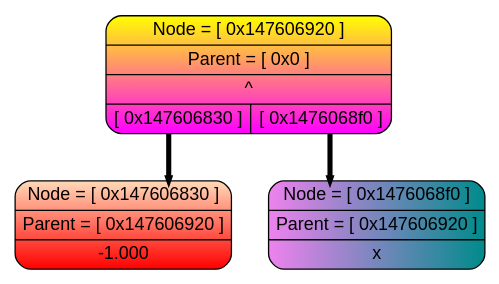
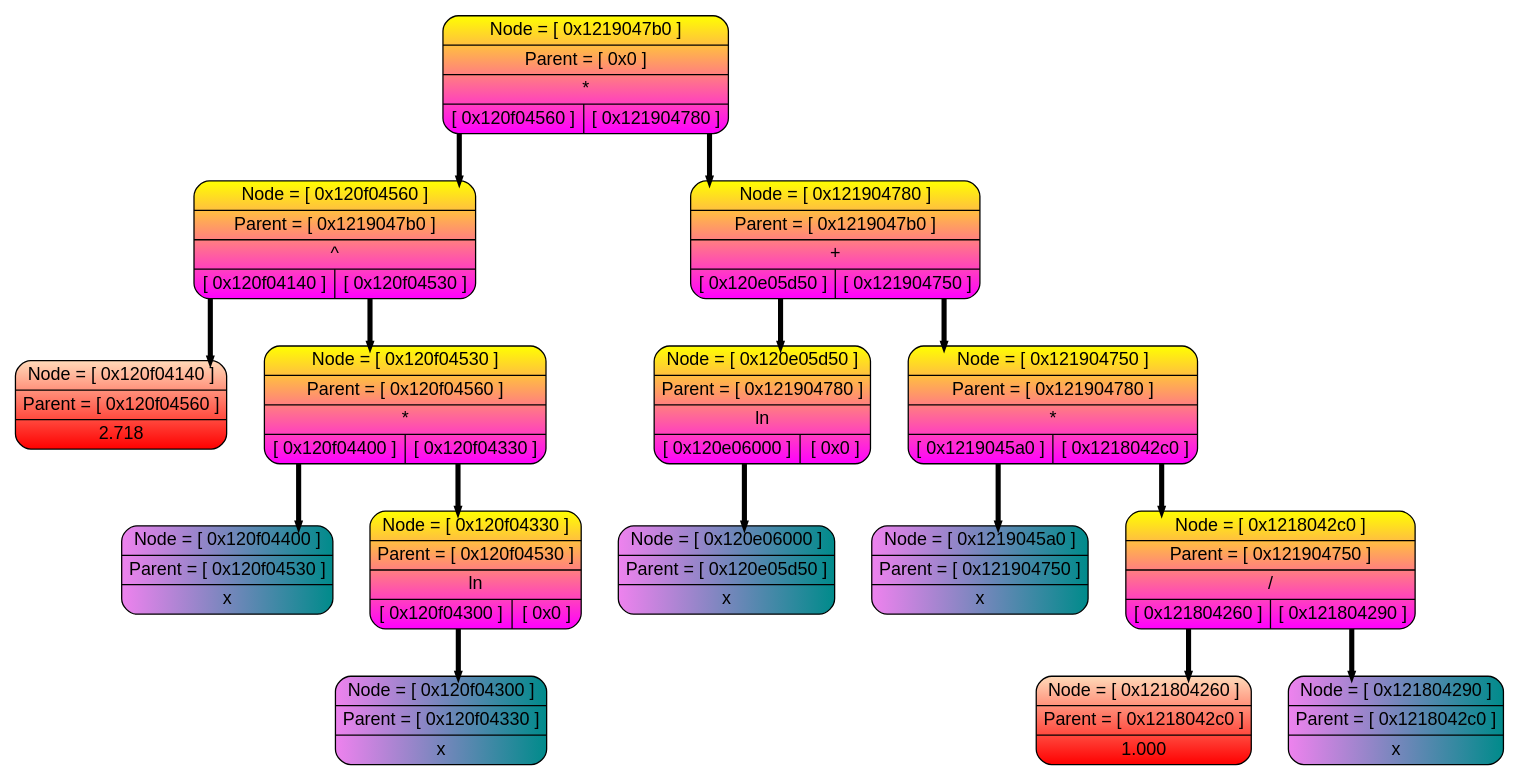
The diagram in Dump-source/dump.dot (livlavr/Differentiator), drawn with Graphviz before and after one commit. The commit also changed 7 other files, not shown here.

```diff
--- a/Dump-source/dump.dot
+++ b/Dump-source/dump.dot
@@ -1,12 +1,36 @@
 digraph tree{
 splines=ortho;
 rankdir=HR;
 nodesep=0.4;
 node [shape=record, fontname="Arial"];
 edge [style=bold, color="black", weight=10, penwidth=4, arrowsize=0.2];
-P0x147606920 [style = "filled, rounded", fillcolor="yellow:magenta" gradientangle=270,label=" {Node = [ 0x147606920 ] | Parent = [ 0x0 ] | ^ | { <l> [ 0x147606830 ] | <r> [ 0x1476068f0 ]}}" ];
-P0x147606830 [style = "filled, rounded", fillcolor="peachpuff:red" gradientangle=270,label=" {Node = [ 0x147606830 ] | Parent = [ 0x147606920 ] | -1.000 }" ];
-P0x1476068f0 [style = "filled, rounded", fillcolor="violet:darkcyan"label=" {Node = [ 0x1476068f0 ] | Parent = [ 0x147606920 ] | x }" ];
-P0x147606920:<l> -> P0x147606830
-P0x147606920:<r> -> P0x1476068f0
+P0x1219047b0 [style = "filled, rounded", fillcolor="yellow:magenta" gradientangle=270,label=" {Node = [ 0x1219047b0 ] | Parent = [ 0x0 ] | * | { <l> [ 0x120f04560 ] | <r> [ 0x121904780 ]}}" ];
+P0x120f04560 [style = "filled, rounded", fillcolor="yellow:magenta" gradientangle=270,label=" {Node = [ 0x120f04560 ] | Parent = [ 0x1219047b0 ] | ^ | { <l> [ 0x120f04140 ] | <r> [ 0x120f04530 ]}}" ];
+P0x120f04140 [style = "filled, rounded", fillcolor="peachpuff:red" gradientangle=270,label=" {Node = [ 0x120f04140 ] | Parent = [ 0x120f04560 ] | 2.718 }" ];
+P0x120f04530 [style = "filled, rounded", fillcolor="yellow:magenta" gradientangle=270,label=" {Node = [ 0x120f04530 ] | Parent = [ 0x120f04560 ] | * | { <l> [ 0x120f04400 ] | <r> [ 0x120f04330 ]}}" ];
+P0x120f04400 [style = "filled, rounded", fillcolor="violet:darkcyan"label=" {Node = [ 0x120f04400 ] | Parent = [ 0x120f04530 ] | x }" ];
+P0x120f04330 [style = "filled, rounded", fillcolor="yellow:magenta" gradientangle=270,label=" {Node = [ 0x120f04330 ] | Parent = [ 0x120f04530 ] | ln | { <l> [ 0x120f04300 ] | <r> [ 0x0 ]}}" ];
+P0x120f04300 [style = "filled, rounded", fillcolor="violet:darkcyan"label=" {Node = [ 0x120f04300 ] | Parent = [ 0x120f04330 ] | x }" ];
+P0x120f04330:<l> -> P0x120f04300
+P0x120f04530:<l> -> P0x120f04400
+P0x120f04530:<r> -> P0x120f04330
+P0x120f04560:<l> -> P0x120f04140
+P0x120f04560:<r> -> P0x120f04530
+P0x121904780 [style = "filled, rounded", fillcolor="yellow:magenta" gradientangle=270,label=" {Node = [ 0x121904780 ] | Parent = [ 0x1219047b0 ] | + | { <l> [ 0x120e05d50 ] | <r> [ 0x121904750 ]}}" ];
+P0x120e05d50 [style = "filled, rounded", fillcolor="yellow:magenta" gradientangle=270,label=" {Node = [ 0x120e05d50 ] | Parent = [ 0x121904780 ] | ln | { <l> [ 0x120e06000 ] | <r> [ 0x0 ]}}" ];
+P0x120e06000 [style = "filled, rounded", fillcolor="violet:darkcyan"label=" {Node = [ 0x120e06000 ] | Parent = [ 0x120e05d50 ] | x }" ];
+P0x120e05d50:<l> -> P0x120e06000
+P0x121904750 [style = "filled, rounded", fillcolor="yellow:magenta" gradientangle=270,label=" {Node = [ 0x121904750 ] | Parent = [ 0x121904780 ] | * | { <l> [ 0x1219045a0 ] | <r> [ 0x1218042c0 ]}}" ];
+P0x1219045a0 [style = "filled, rounded", fillcolor="violet:darkcyan"label=" {Node = [ 0x1219045a0 ] | Parent = [ 0x121904750 ] | x }" ];
+P0x1218042c0 [style = "filled, rounded", fillcolor="yellow:magenta" gradientangle=270,label=" {Node = [ 0x1218042c0 ] | Parent = [ 0x121904750 ] | / | { <l> [ 0x121804260 ] | <r> [ 0x121804290 ]}}" ];
+P0x121804260 [style = "filled, rounded", fillcolor="peachpuff:red" gradientangle=270,label=" {Node = [ 0x121804260 ] | Parent = [ 0x1218042c0 ] | 1.000 }" ];
+P0x121804290 [style = "filled, rounded", fillcolor="violet:darkcyan"label=" {Node = [ 0x121804290 ] | Parent = [ 0x1218042c0 ] | x }" ];
+P0x1218042c0:<l> -> P0x121804260
+P0x1218042c0:<r> -> P0x121804290
+P0x121904750:<l> -> P0x1219045a0
+P0x121904750:<r> -> P0x1218042c0
+P0x121904780:<l> -> P0x120e05d50
+P0x121904780:<r> -> P0x121904750
+P0x1219047b0:<l> -> P0x120f04560
+P0x1219047b0:<r> -> P0x121904780
 }
```
